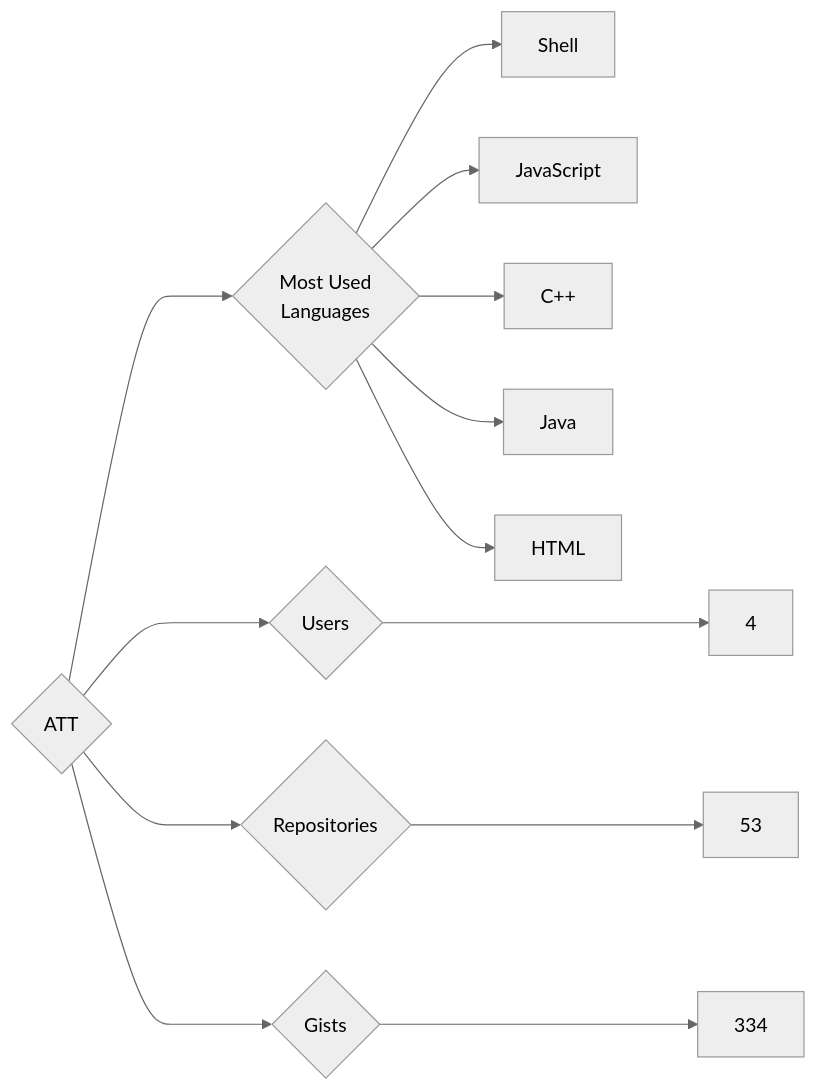
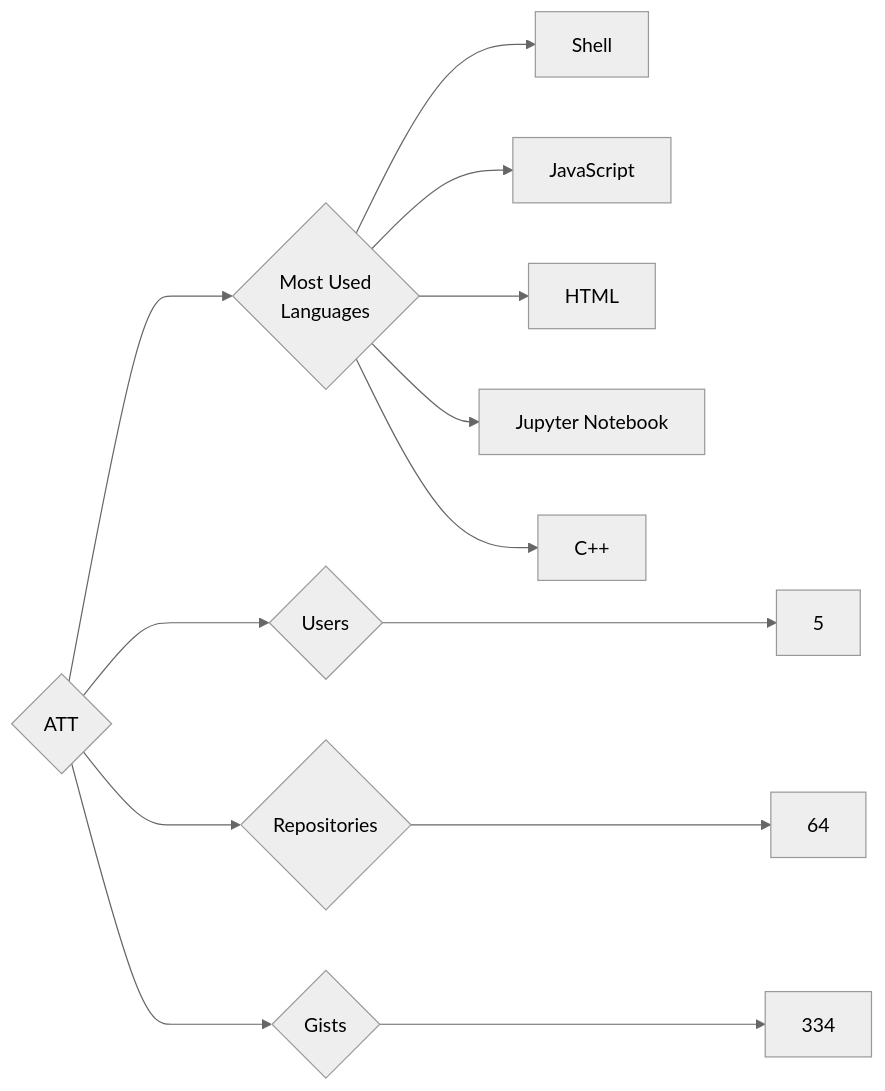
The diagram in targets/ATT/README.md (trickest/insiders), drawn with Mermaid (neutral theme) before and after one commit. The commit also changed 845 other files, not shown here.

````diff
--- a/targets/ATT/README.md
+++ b/targets/ATT/README.md
@@ -3,13 +3,13 @@
 ```mermaid
 graph LR
 COMPANY_NAME{ATT}
-COMPANY_NAME ---> U{Users} ---> UN[4]
-COMPANY_NAME ---> R{Repositories} ---> RN[53]
+COMPANY_NAME ---> U{Users} ---> UN[5]
+COMPANY_NAME ---> R{Repositories} ---> RN[64]
 COMPANY_NAME ---> G{Gists} ---> GN[334]
 COMPANY_NAME ---> ML{Most Used<br>Languages}
 ML --> Shell[Shell]
 ML --> JavaScript[JavaScript]
+ML --> HTML[HTML]
+ML --> Jupyter_Notebook[Jupyter Notebook]
 ML --> C++[C++]
-ML --> Java[Java]
-ML --> HTML[HTML]
 ```
````
